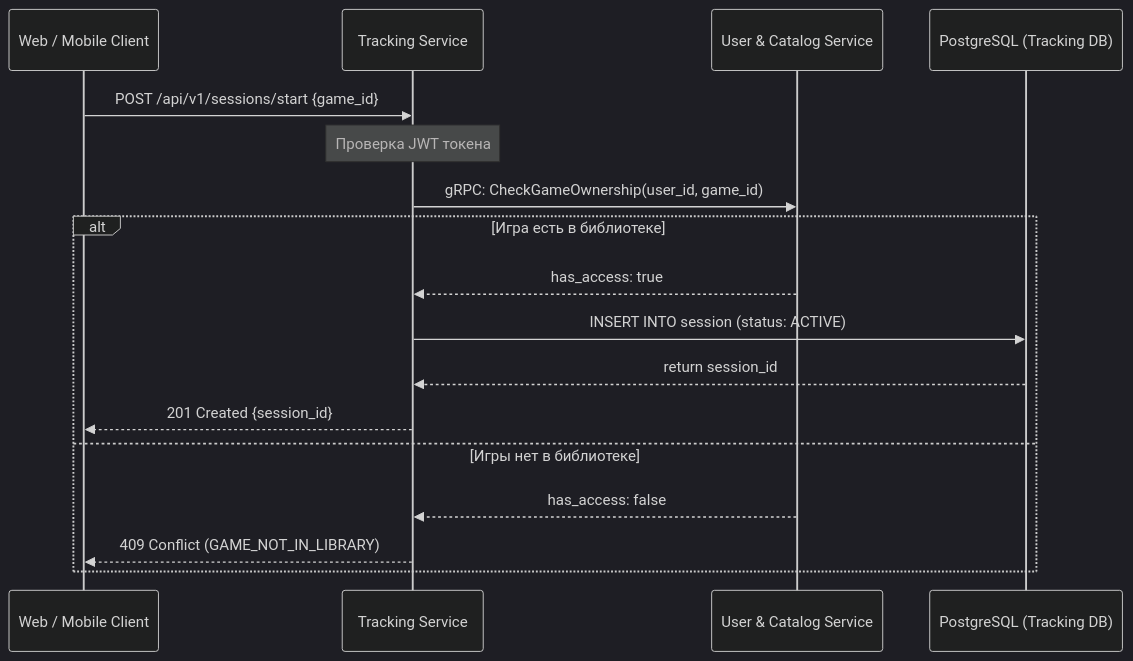
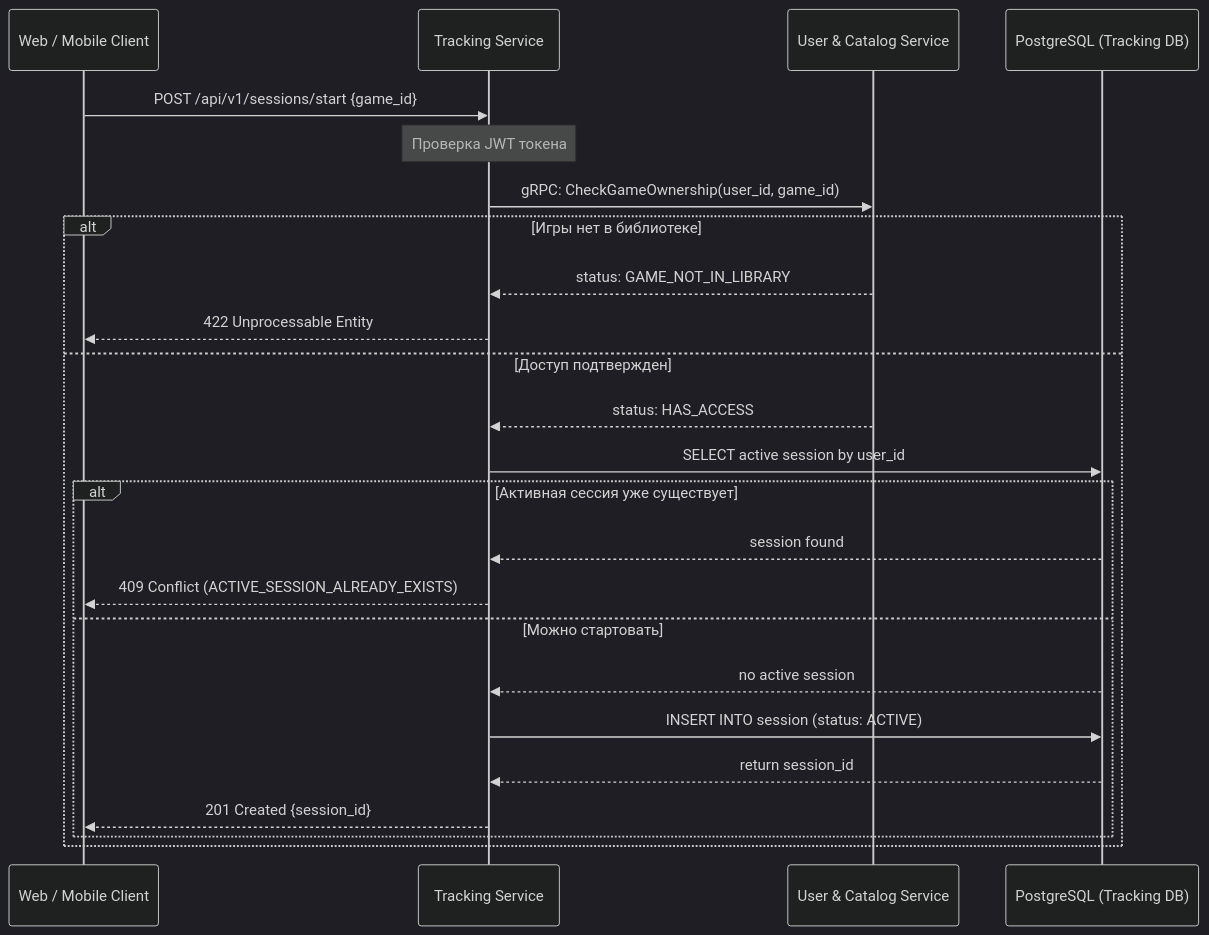
The diagram in docs/api_design.md (Artem-231/game-platform-microservices), drawn with Mermaid (dark theme) before and after one commit. The commit also changed other lines of this file, not shown here.

````diff
--- a/docs/api_design.md
+++ b/docs/api_design.md
@@ -96,21 +182,29 @@
 ```mermaid
 sequenceDiagram
     participant Client as Web / Mobile Client
     participant TS as Tracking Service
     participant US as User & Catalog Service
     participant DB as PostgreSQL (Tracking DB)
 
     Client->>TS: POST /api/v1/sessions/start {game_id}
     Note over TS: Проверка JWT токена
     TS->>US: gRPC: CheckGameOwnership(user_id, game_id)
     
-    alt Игра есть в библиотеке
-        US-->>TS: has_access: true
-        TS->>DB: INSERT INTO session (status: ACTIVE)
-        DB-->>TS: return session_id
-        TS-->>Client: 201 Created {session_id}
-    else Игры нет в библиотеке
-        US-->>TS: has_access: false
-        TS-->>Client: 409 Conflict (GAME_NOT_IN_LIBRARY)
+    alt Игры нет в библиотеке
+        US-->>TS: status: GAME_NOT_IN_LIBRARY
+        TS-->>Client: 422 Unprocessable Entity
+    else Доступ подтвержден
+        US-->>TS: status: HAS_ACCESS
+        TS->>DB: SELECT active session by user_id
+        
+        alt Активная сессия уже существует
+            DB-->>TS: session found
+            TS-->>Client: 409 Conflict (ACTIVE_SESSION_ALREADY_EXISTS)
+        else Можно стартовать
+            DB-->>TS: no active session
+            TS->>DB: INSERT INTO session (status: ACTIVE)
+            DB-->>TS: return session_id
+            TS-->>Client: 201 Created {session_id}
+        end
     end
 ```
````
